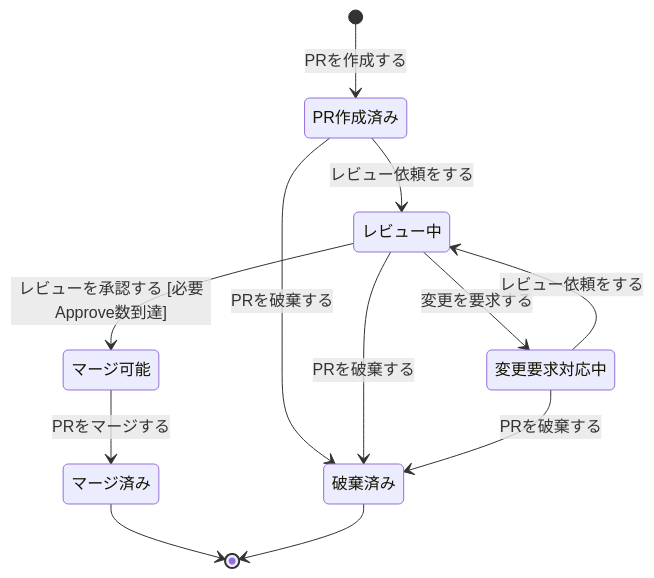
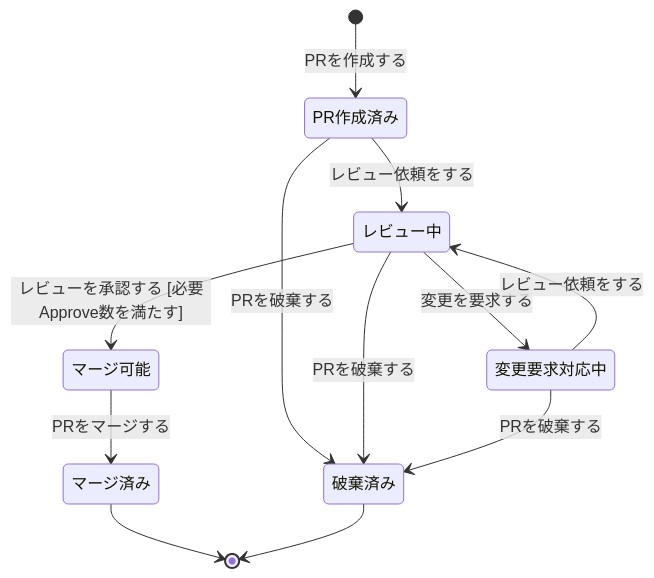
The sixth of 7 diagrams in docs/development/event-storming.md (kuchita-el/claude-shared-skills), drawn with Mermaid before and after one commit. The commit also changed other lines of this file and 1 other file, not shown here.

````diff
--- a/docs/development/event-storming.md
+++ b/docs/development/event-storming.md
@@ -266,14 +271,14 @@
 ```mermaid
 stateDiagram-v2
     [*] --> PR作成済み: PRを作成する
     PR作成済み --> レビュー中: レビュー依頼をする
     PR作成済み --> 破棄済み: PRを破棄する
     レビュー中 --> 変更要求対応中: 変更を要求する
-    レビュー中 --> マージ可能: レビューを承認する [必要Approve数到達]
+    レビュー中 --> マージ可能: レビューを承認する [必要Approve数を満たす]
     レビュー中 --> 破棄済み: PRを破棄する
     変更要求対応中 --> レビュー中: レビュー依頼をする
     変更要求対応中 --> 破棄済み: PRを破棄する
     マージ可能 --> マージ済み: PRをマージする
     マージ済み --> [*]
     破棄済み --> [*]
 ```
````
